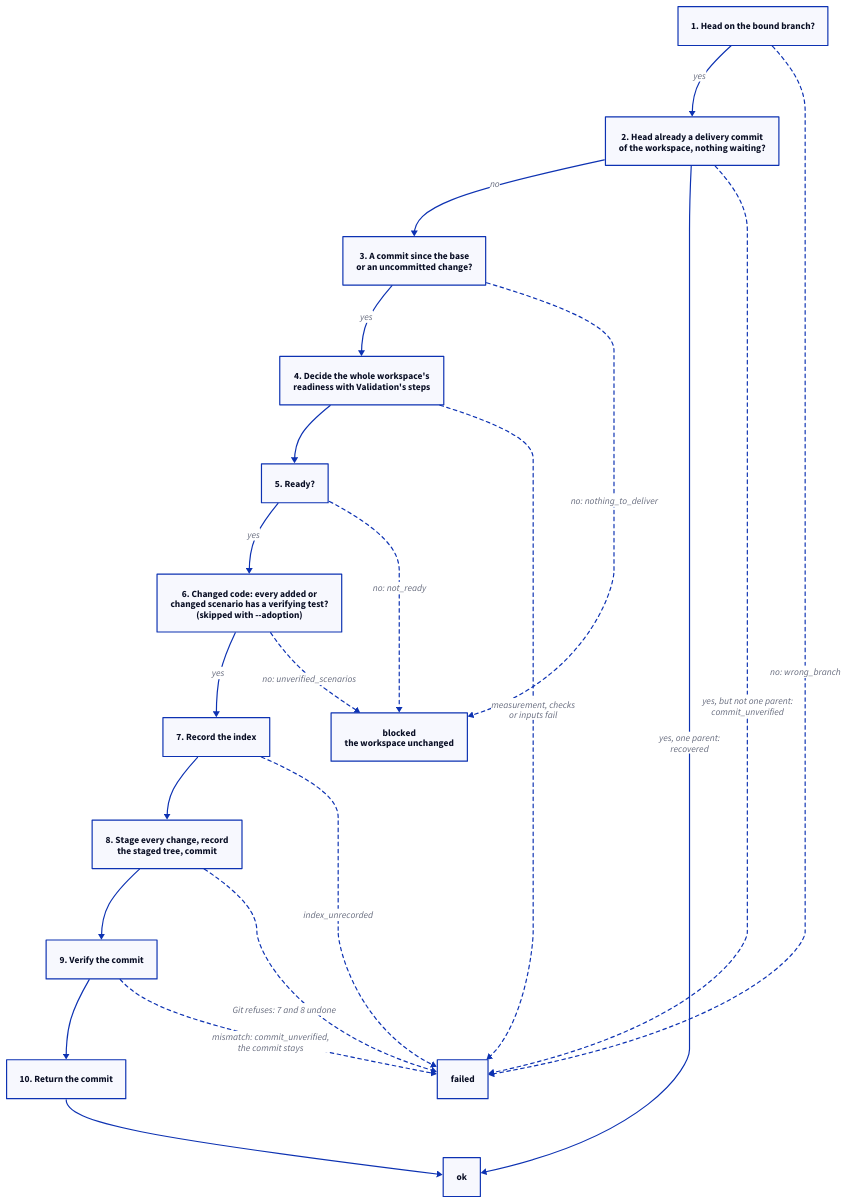
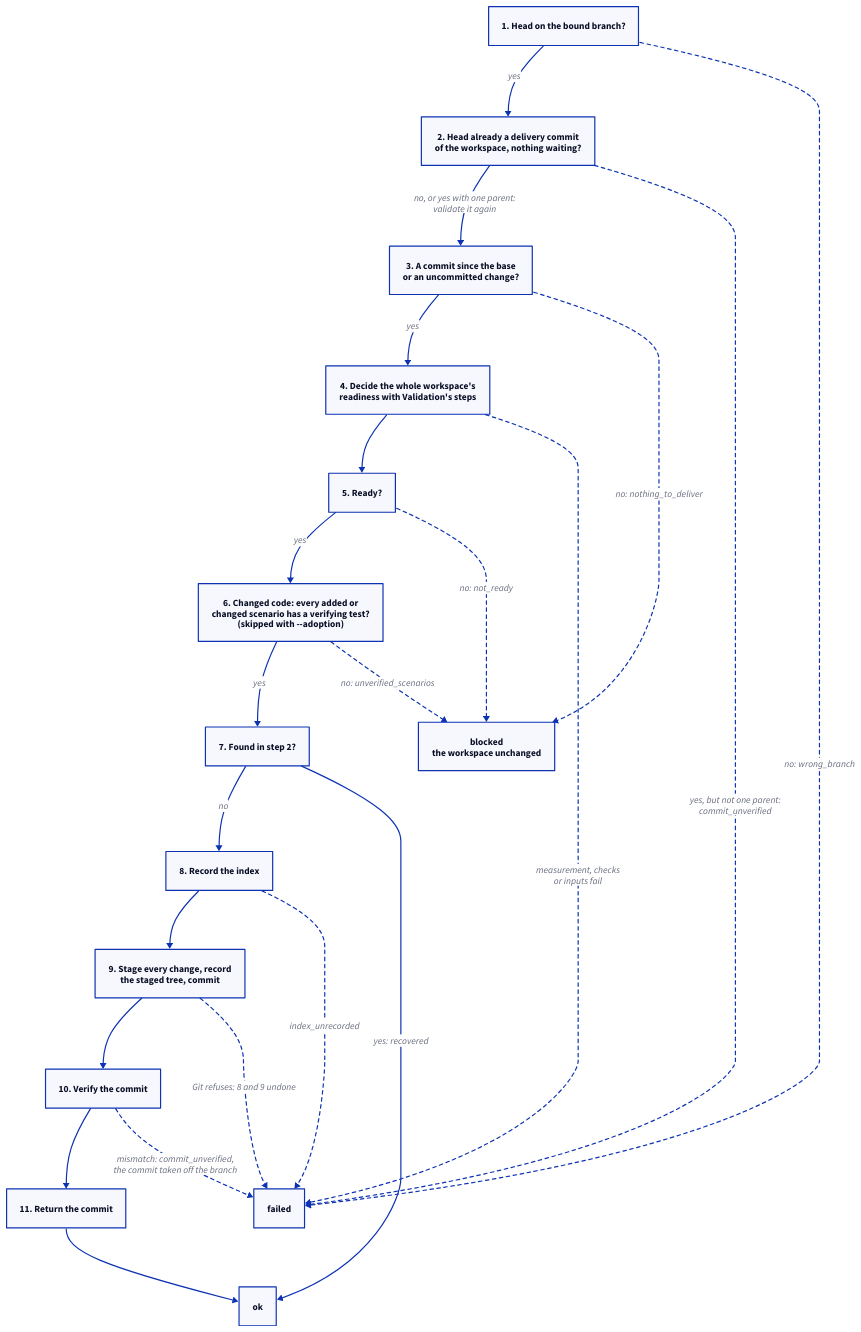
The diagram in specs/concorde/execution/commands/delivery/module.md (FTOD/concorde), drawn with D2 before and after one commit. The commit also changed other lines of this file and 5 other files, not shown here.

First line of the commit message:
Delivery takes a commit it rejected off the branch and validates a found delivery again

````diff
--- a/specs/concorde/execution/commands/delivery/module.md
+++ b/specs/concorde/execution/commands/delivery/module.md
@@ -59,33 +64,35 @@
 ```d2 illustrative
 direction: down
 branch: "1. Head on the bound branch?"
 found: "2. Head already a delivery commit\nof the workspace, nothing waiting?"
 work: "3. A commit since the base\nor an uncommitted change?"
 readiness: "4. Decide the whole workspace's\nreadiness with Validation's steps"
 ready: "5. Ready?"
 tests: "6. Changed code: every added or\nchanged scenario has a verifying test?\n(skipped with --adoption)"
-index: "7. Record the index"
-commit: "8. Stage every change, record\nthe staged tree, commit"
-verify: "9. Verify the commit"
-output: "10. Return the commit"
+reported: "7. Found in step 2?"
+index: "8. Record the index"
+commit: "9. Stage every change, record\nthe staged tree, commit"
+verify: "10. Verify the commit"
+output: "11. Return the commit"
 ok: "ok"
 blocked: "blocked\nthe workspace unchanged"
 failed: "failed"
 branch -> found: yes
-found -> work: no
+found -> work: "no, or yes with one parent:\nvalidate it again"
 work -> readiness: yes
 readiness -> ready
 ready -> tests: yes
-tests -> index: yes
+tests -> reported: yes
+reported -> index: no
 index -> commit -> verify -> output -> ok
-found -> ok: "yes, one parent:\nrecovered"
+reported -> ok: "yes: recovered"
 found -> failed: "yes, but not one parent:\ncommit_unverified" {style.stroke-dash: 3}
 branch -> failed: "no: wrong_branch" {style.stroke-dash: 3}
 work -> blocked: "no: nothing_to_deliver" {style.stroke-dash: 3}
 readiness -> failed: "measurement, checks\nor inputs fail" {style.stroke-dash: 3}
 ready -> blocked: "no: not_ready" {style.stroke-dash: 3}
 tests -> blocked: "no: unverified_scenarios" {style.stroke-dash: 3}
 index -> failed: "index_unrecorded" {style.stroke-dash: 3}
-commit -> failed: "Git refuses: 7 and 8 undone" {style.stroke-dash: 3}
-verify -> failed: "mismatch: commit_unverified,\nthe commit stays" {style.stroke-dash: 3}
+commit -> failed: "Git refuses: 8 and 9 undone" {style.stroke-dash: 3}
+verify -> failed: "mismatch: commit_unverified,\nthe commit taken off the branch" {style.stroke-dash: 3}
 ```
````
